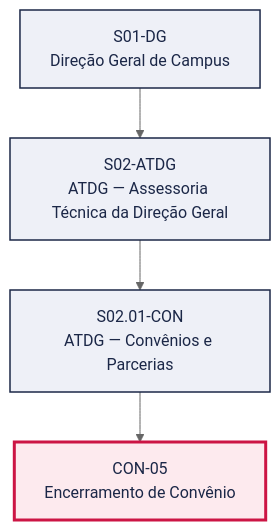
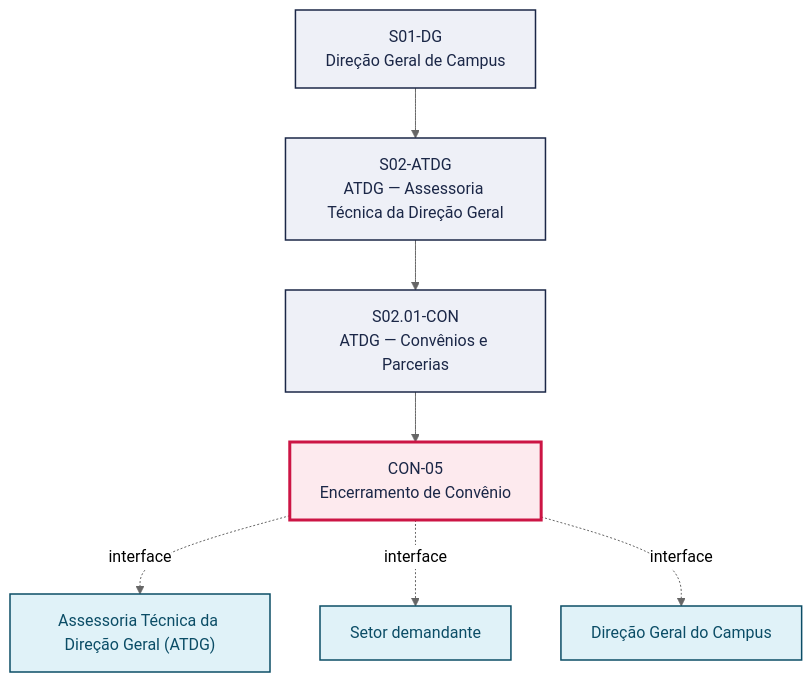
One commit to jessefers/canvas-vivo-atdg changed the first of 2 diagrams in pops/CON/CON-05.md. Above: the diagram before and after it, drawn with Mermaid (neutral theme). The commit also changed other lines of this file and 61 other files, not shown here.

````diff
--- a/pops/CON/CON-05.md
+++ b/pops/CON/CON-05.md
@@ -49,15 +49,22 @@
 ```mermaid
 graph TD
   S01_DG["S01-DG<br/>Direção Geral de Campus"]
   S02_ATDG["S02-ATDG<br/>ATDG — Assessoria Técnica da Direção Geral"]
   S01_DG --> S02_ATDG
   S02_01_CON["S02.01-CON<br/>ATDG — Convênios e Parcerias"]
   S02_ATDG --> S02_01_CON
   P["CON-05<br/>Encerramento de Convênio"]
   S02_01_CON --> P
+  V1["Assessoria Técnica da Direção Geral (ATDG)"]
+  P -. interface .-> V1
+  V2["Setor demandante"]
+  P -. interface .-> V2
+  V3["Direção Geral do Campus"]
+  P -. interface .-> V3
   classDef setor fill:#EEF0F7,stroke:#1B2747,stroke-width:1.5px,color:#1B2747
   classDef destaque fill:#FDEAEE,stroke:#CC1544,stroke-width:3px,color:#1B2747
   classDef vizinho fill:#E0F2F8,stroke:#0B4D66,stroke-width:1.5px,color:#0B4D66
   class S01_DG,S02_ATDG,S02_01_CON setor
   class P destaque
+  class V1,V2,V3 vizinho
 ```
````
